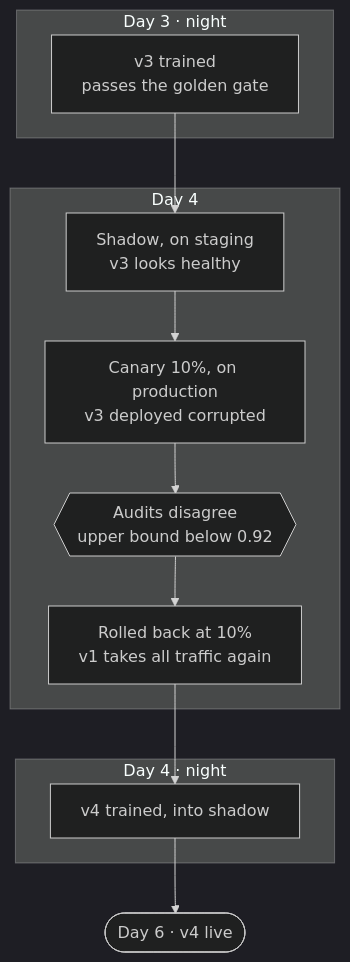
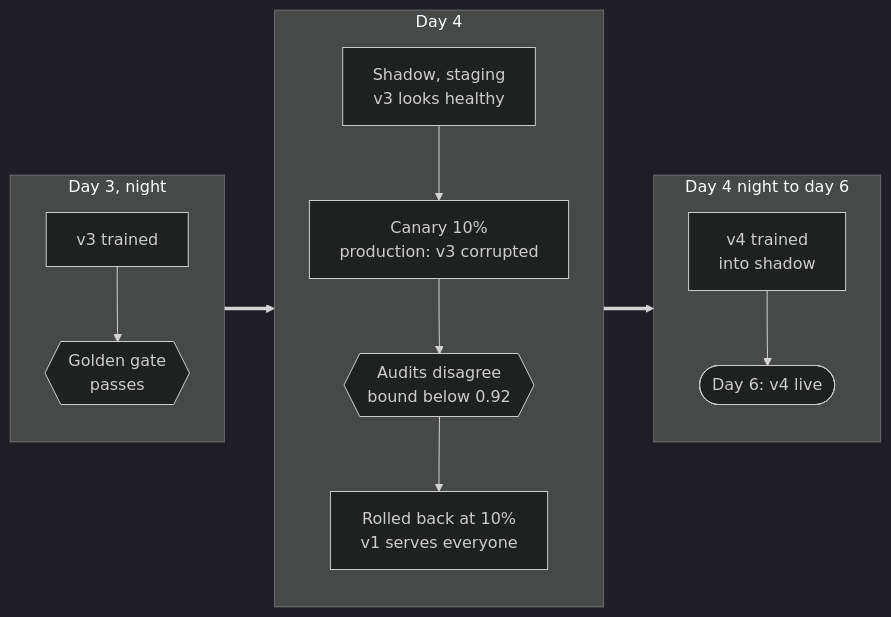
Before and after one commit to harshbhx/ratchet: the fourth of 4 diagrams in docs-site/src/content/docs/guides/night-school.mdx, drawn with Mermaid (dark theme). The commit also changed other lines of this file and 3 other files, not shown here.

Commit message:
docs-site: pin label metrics against the page's prose rules, and tighten the night sequence, the rollback timeline and the breaker labels

````diff
--- a/docs-site/src/content/docs/guides/night-school.mdx
+++ b/docs-site/src/content/docs/guides/night-school.mdx
@@ -263,23 +263,24 @@
 ```mermaid
-flowchart TB
-  subgraph d3["Day 3 · night"]
-    t3["v3 trained<br/>passes the golden gate"]
+flowchart LR
+  subgraph d3["Day 3, night"]
+    direction TB
+    t3["v3 trained"] --> g3{{"Golden gate<br/>passes"}}
   end
   subgraph d4["Day 4"]
-    sh["Shadow, on staging<br/>v3 looks healthy"]
-    c10["Canary 10%, on production<br/>v3 deployed corrupted"]
-    bad{{"Audits disagree<br/>upper bound below 0.92"}}
-    rb["Rolled back at 10%<br/>v1 takes all traffic again"]
+    direction TB
+    sh["Shadow, staging<br/>v3 looks healthy"] --> c10["Canary 10%<br/>production: v3 corrupted"]
+    c10 --> bad{{"Audits disagree<br/>bound below 0.92"}}
+    bad --> rb["Rolled back at 10%<br/>v1 serves everyone"]
   end
-  subgraph n4["Day 4 · night"]
-    t4["v4 trained, into shadow"]
+  subgraph d6["Day 4 night to day 6"]
+    direction TB
+    t4["v4 trained<br/>into shadow"] --> live(["Day 6: v4 live"])
   end
-  live(["Day 6 · v4 live"])
-  t3 --> sh --> c10 --> bad --> rb --> t4 --> live
+  d3 ==> d4 ==> d6
 
   class t3,t4 neutral
+  class g3,bad gate
   class sh,c10 student
-  class bad gate
   class rb danger
   class live ok
 ```
````
